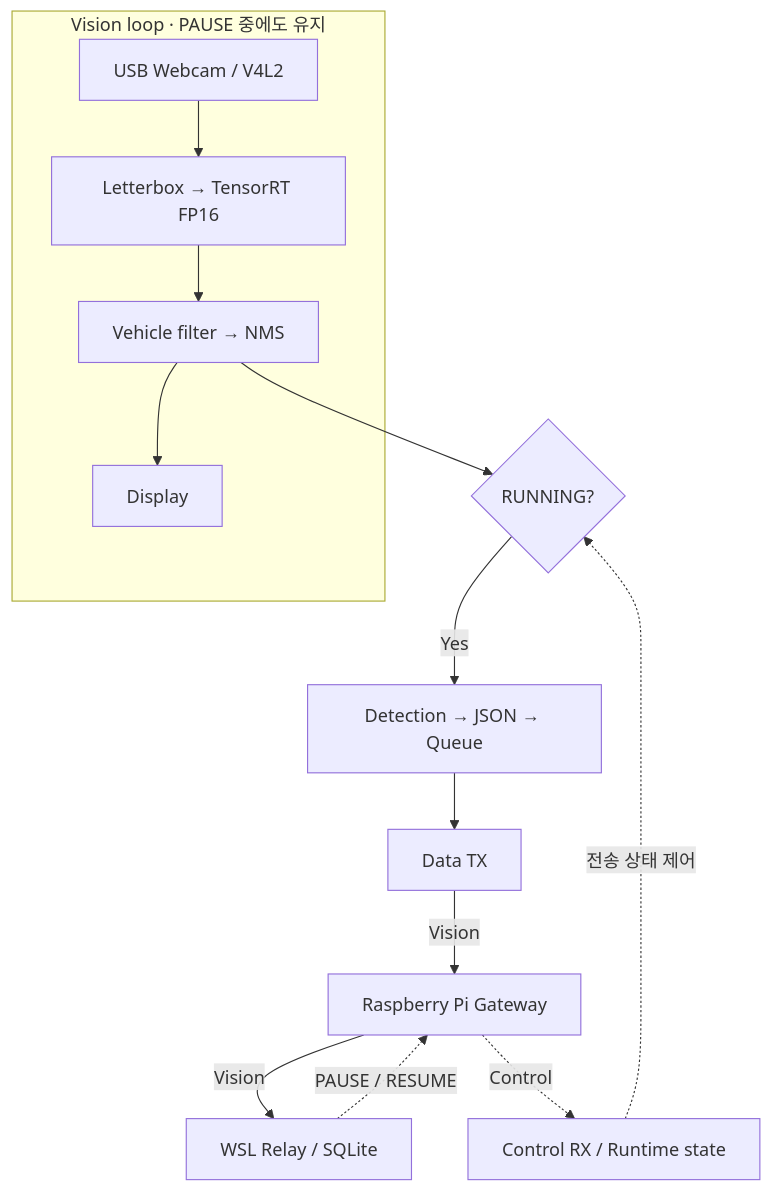
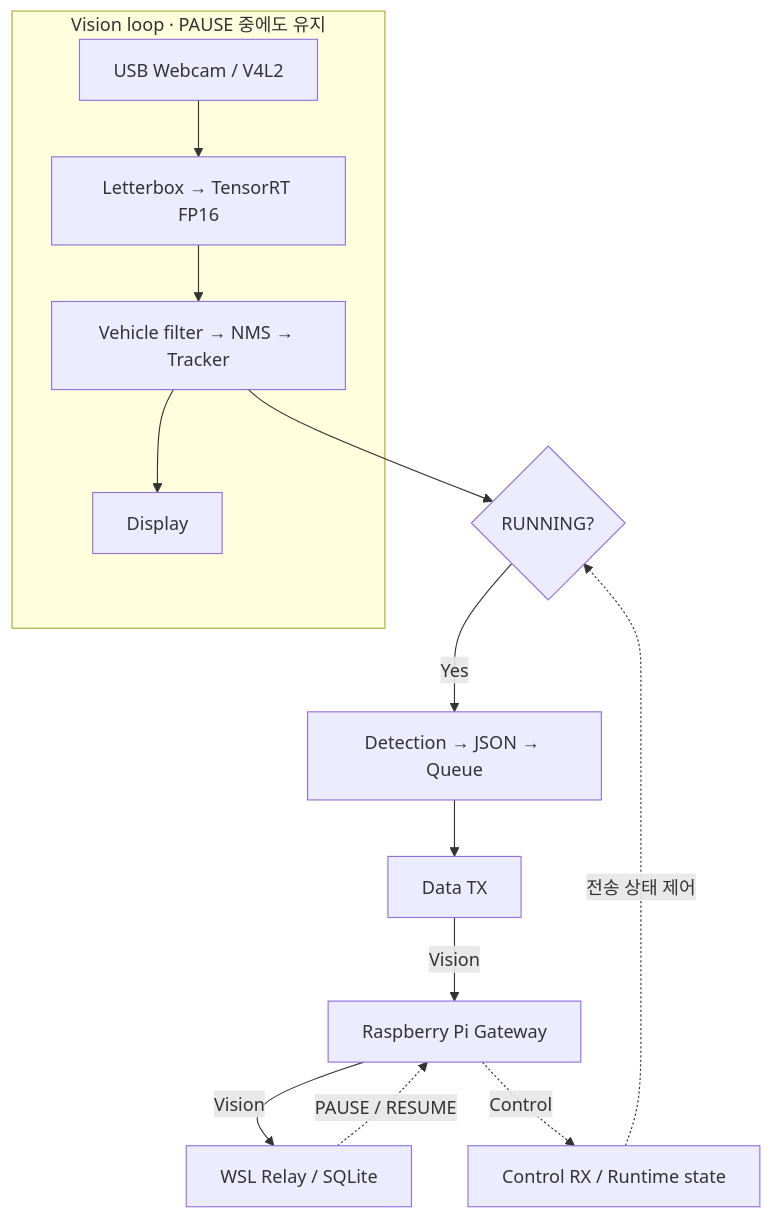
The diagram in README.md (triton0305/jetson-edge-vision), drawn with Mermaid before and after one commit. The commit also changed other lines of this file, not shown here.

First line of the commit message:
docs: explain lightweight vehicle tracking and 800 ms expiry

````diff
--- a/README.md
+++ b/README.md
@@ -89,16 +89,16 @@
 ```mermaid
 flowchart TD
     subgraph Vision["Vision loop · PAUSE 중에도 유지"]
         A["USB Webcam / V4L2"] --> B["Letterbox → TensorRT FP16"]
-        B --> C["Vehicle filter → NMS"]
+        B --> C["Vehicle filter → NMS → Tracker"]
         C --> D["Display"]
     end
     C --> E{"RUNNING?"}
     E -->|Yes| F["Detection → JSON → Queue"]
     F --> G["Data TX"]
     G -->|Vision| P["Raspberry Pi Gateway"]
     P -->|Vision| S["WSL Relay / SQLite"]
     S -.->|PAUSE / RESUME| P
     P -.->|Control| R["Control RX / Runtime state"]
     R -.->|전송 상태 제어| E
 ```
````
